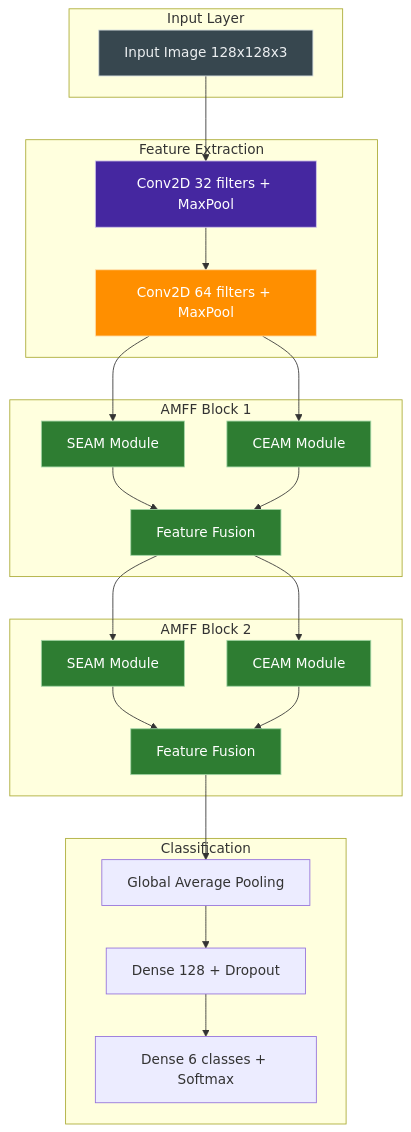
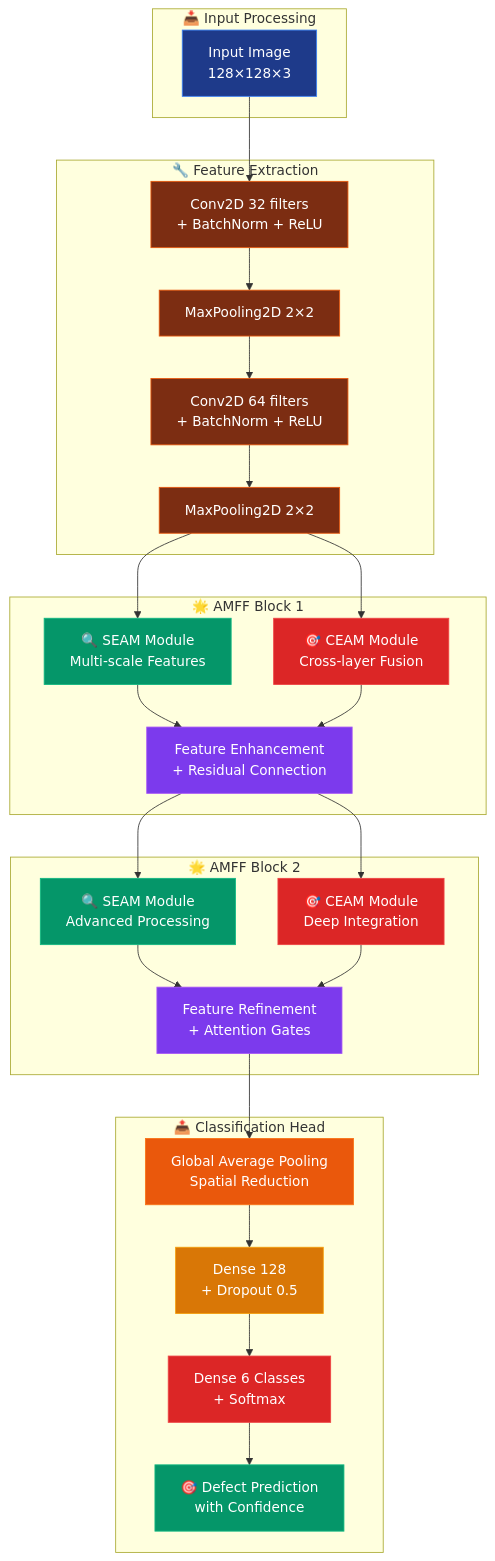
The fourth of 7 diagrams in README.md (RiteshKumar2e/Steel_Surface_Defect), drawn with Mermaid before and after one commit. The commit also changed other lines of this file, not shown here.

````diff
--- a/README.md
+++ b/README.md
@@ -119,53 +377,64 @@
 ```mermaid
 flowchart TB
-    subgraph "Input Layer"
-        A[Input Image 128x128x3]
+    subgraph "📥 Input Processing"
+        A[Input Image<br/>128×128×3]
+        style A fill:#1e3a8a,stroke:#3b82f6,color:#ffffff
     end
     
-    subgraph "Feature Extraction"
-        B[Conv2D 32 filters + MaxPool]
-        C[Conv2D 64 filters + MaxPool]
+    subgraph "🔧 Feature Extraction"
+        B[Conv2D 32 filters<br/>+ BatchNorm + ReLU]
+        C[MaxPooling2D 2×2]
+        D[Conv2D 64 filters<br/>+ BatchNorm + ReLU] 
+        E[MaxPooling2D 2×2]
+        style B fill:#7c2d12,stroke:#ea580c,color:#ffffff
+        style C fill:#7c2d12,stroke:#ea580c,color:#ffffff
+        style D fill:#7c2d12,stroke:#ea580c,color:#ffffff
+        style E fill:#7c2d12,stroke:#ea580c,color:#ffffff
     end
     
-    subgraph "AMFF Block 1"
-        D[SEAM Module]
-        E[CEAM Module]
-        F[Feature Fusion]
+    subgraph "🌟 AMFF Block 1"
+        F[🔍 SEAM Module<br/>Multi-scale Features]
+        G[🎯 CEAM Module<br/>Cross-layer Fusion]
+        H[Feature Enhancement<br/>+ Residual Connection]
+        style F fill:#059669,stroke:#10b981,color:#ffffff
+        style G fill:#dc2626,stroke:#ef4444,color:#ffffff
+        style H fill:#7c3aed,stroke:#a855f7,color:#ffffff
     end
     
-    subgraph "AMFF Block 2"
-        G[SEAM Module]
-        H[CEAM Module]
-        I[Feature Fusion]
+    subgraph "🌟 AMFF Block 2" 
+        I[🔍 SEAM Module<br/>Advanced Processing]
+        J[🎯 CEAM Module<br/>Deep Integration]
+        K[Feature Refinement<br/>+ Attention Gates]
+        style I fill:#059669,stroke:#10b981,color:#ffffff
+        style J fill:#dc2626,stroke:#ef4444,color:#ffffff
+        style K fill:#7c3aed,stroke:#a855f7,color:#ffffff
     end
     
-    subgraph "Classification"
-        J[Global Average Pooling]
-        K[Dense 128 + Dropout]
-        L[Dense 6 classes + Softmax]
+    subgraph "📤 Classification Head"
+        L[Global Average Pooling<br/>Spatial Reduction]
+        M[Dense 128<br/>+ Dropout 0.5]
+        N[Dense 6 Classes<br/>+ Softmax]
+        O[🎯 Defect Prediction<br/>with Confidence]
+        style L fill:#ea580c,stroke:#f97316,color:#ffffff
+        style M fill:#d97706,stroke:#f59e0b,color:#ffffff
+        style N fill:#dc2626,stroke:#ef4444,color:#ffffff
+        style O fill:#059669,stroke:#10b981,color:#ffffff
     end
     
     A --> B
     B --> C
     C --> D
-    C --> E
-    D --> F
+    D --> E
     E --> F
-    F --> G
+    E --> G
     F --> H
-    G --> I
+    G --> H
     H --> I
-    I --> J
+    H --> J
+    I --> K
     J --> K
     K --> L
-    
-style A fill:#37474f,stroke:#cfd8dc,color:#eceff1
-style B fill:#4527a0,stroke:#d1c4e9,color:#ffffff
-style C fill:#ff8f00,stroke:#ffe0b2,color:#ffffff
-style D fill:#2e7d32,stroke:#a5d6a7,color:#ffffff
-style E fill:#2e7d32,stroke:#a5d6a7,color:#ffffff
-style F fill:#2e7d32,stroke:#a5d6a7,color:#ffffff
-style G fill:#2e7d32,stroke:#a5d6a7,color:#ffffff
-style H fill:#2e7d32,stroke:#a5d6a7,color:#ffffff
-style I fill:#2e7d32,stroke:#a5d6a7,color:#ffffff
+    L --> M
+    M --> N
+    N --> O
 ```
````
